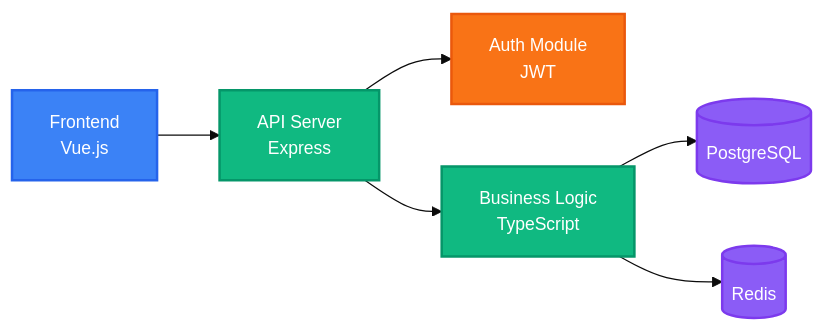
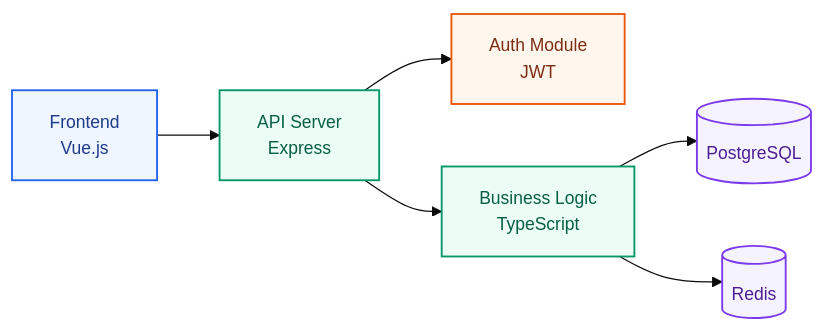
The third of 10 diagrams in references/diagram-templates.md (LINJIANG12/general-readme-skill), drawn with Mermaid before and after one commit. The commit also changed other lines of this file and 13 other files, not shown here.

`````diff
--- a/references/diagram-templates.md
+++ b/references/diagram-templates.md
@@ -145,19 +159,19 @@
 ````mermaid
 %%{init: {'theme': 'base', 'themeVariables': {'fontSize': '14px'}}}%%
 graph LR
     A[Frontend<br/>Vue.js] --> B[API Server<br/>Express]
     B --> C[Auth Module<br/>JWT]
     B --> D[Business Logic<br/>TypeScript]
     D --> E[(PostgreSQL)]
     D --> F[(Redis)]
 
-    classDef client fill:#3B82F6,stroke:#2563EB,color:#fff,stroke-width:2px
-    classDef service fill:#10B981,stroke:#059669,color:#fff,stroke-width:2px
-    classDef auth fill:#F97316,stroke:#EA580C,color:#fff,stroke-width:2px
-    classDef data fill:#8B5CF6,stroke:#7C3AED,color:#fff,stroke-width:2px
+    classDef client fill:#EFF6FF,stroke:#2563EB,color:#1E3A8A,stroke-width:1.5px
+    classDef service fill:#ECFDF5,stroke:#059669,color:#065F46,stroke-width:1.5px
+    classDef auth fill:#FFF7ED,stroke:#EA580C,color:#7C2D12,stroke-width:1.5px
+    classDef data fill:#F5F3FF,stroke:#7C3AED,color:#4C1D95,stroke-width:1.5px
 
     class A client
     class B,D service
     class C auth
     class E,F data
 ````
`````
